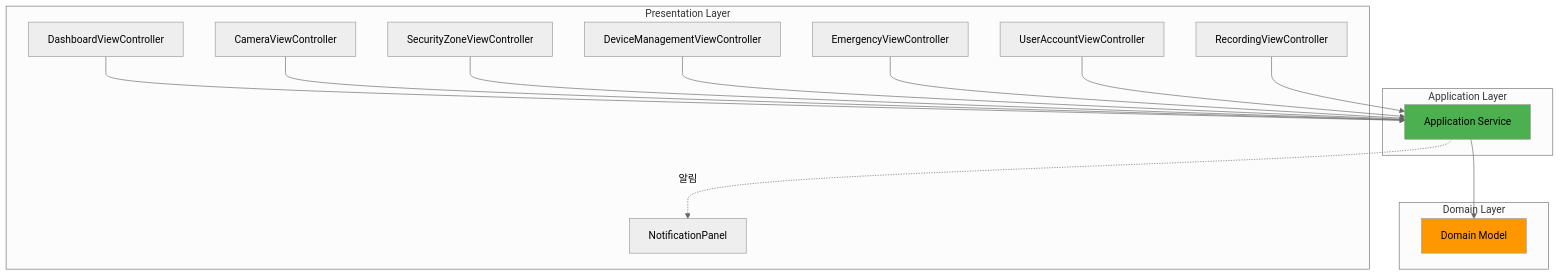
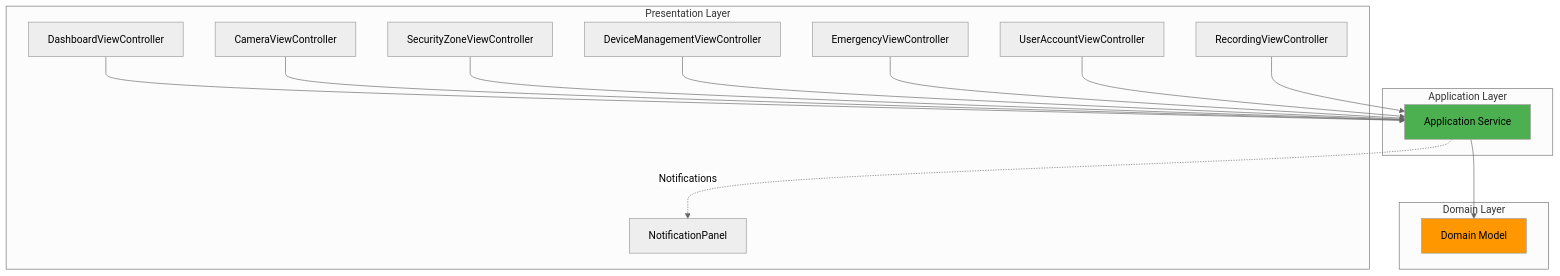
Before and after one commit to mj010101/swe_25f: diagram 11 of 12 in diagrams/presentation_class_diagram.md, drawn with Mermaid (neutral theme). The commit also changed other lines of this file, not shown here.

Commit message:
refine presentation class diagram

````diff
--- a/diagrams/presentation_class_diagram.md
+++ b/diagrams/presentation_class_diagram.md
@@ -1099,35 +1099,35 @@
 ```mermaid
 graph TB
     subgraph "Presentation Layer"
         DVC[DashboardViewController]
         CVC[CameraViewController]
         SZVC[SecurityZoneViewController]
         DMVC[DeviceManagementViewController]
         EVC[EmergencyViewController]
         UAVC[UserAccountViewController]
         RVC[RecordingViewController]
         NP[NotificationPanel]
     end
 
     subgraph "Application Layer"
         AS[Application Service]
     end
 
     subgraph "Domain Layer"
         DM[Domain Model]
     end
 
     DVC --> AS
     CVC --> AS
     SZVC --> AS
     DMVC --> AS
     EVC --> AS
     UAVC --> AS
     RVC --> AS
 
     AS --> DM
-    AS -.알림.-> NP
+    AS -.Notifications.-> NP
 
     style AS fill:#4CAF50
     style DM fill:#FF9800
 ```
````
